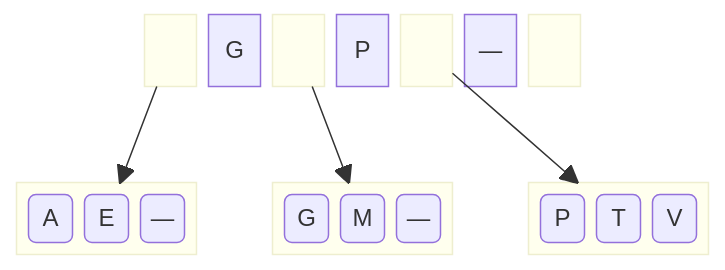
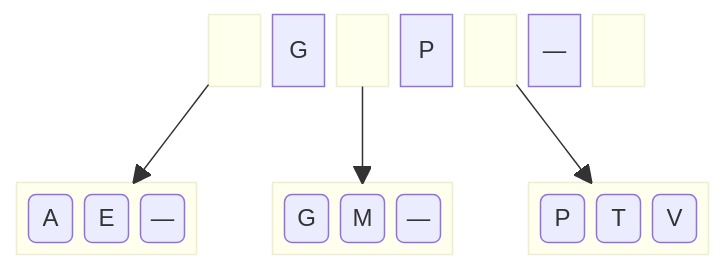
Before and after one commit to BenhurUFSM/pod26b: the fourth of 8 diagrams in Assuntos/busca-ext.md, drawn with Mermaid. The commit also changed other lines of this file, not shown here.

````diff
--- a/Assuntos/busca-ext.md
+++ b/Assuntos/busca-ext.md
@@ -33,16 +36,16 @@
 ```mermaid
 block
   columns 11
-  space:2
+  space:3
   block:rl1 space end ra["G"] block:rl2 space end rb["P"] block:rl3 space end rc["—"] block:rl4 space end
-  space:2
+  space:1
   space:11
 
   block:f1:3 f1a("A") f1b("E") f1c("—") end space
   block:f3:3 f3a("G") f3b("M") f3c("—") end space
   block:f2:3 f2a("P") f2b("T") f2c("V") end
 
   rl1-->f1
   rl2-->f3
   rl3-->f2
 ```
````
